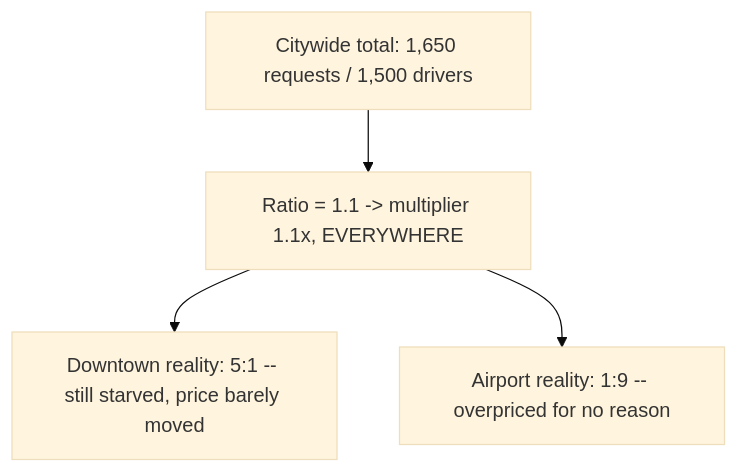
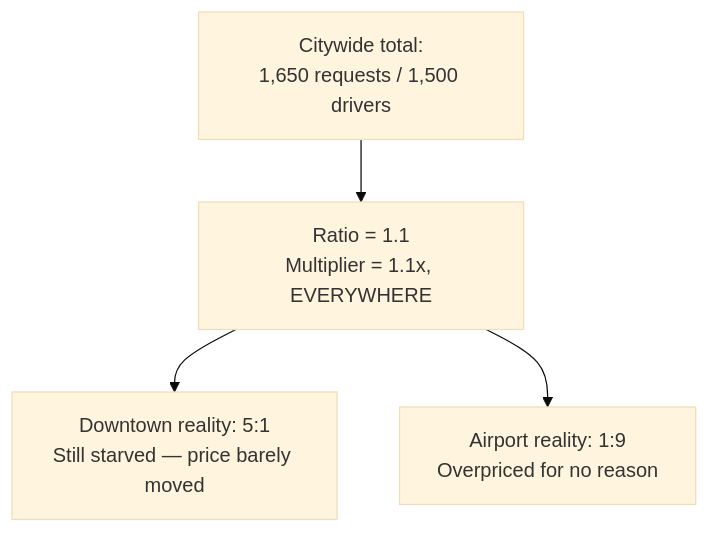
Before and after one commit to riyaz-pasha/Learnings: the second of 13 diagrams in system-design/HLD/0-course/53-Design-Uber-Surge-Pricing-Engine-FAANG-Guide-story.md, drawn with Mermaid (base theme). The commit also changed other lines of this file and 1 other file, not shown here.

Commit message:
[REWRITE] Uber Surge Pricing Engine story guide: simplify prose, add structure, fix diagrams

````diff
--- a/system-design/HLD/0-course/53-Design-Uber-Surge-Pricing-Engine-FAANG-Guide-story.md
+++ b/system-design/HLD/0-course/53-Design-Uber-Surge-Pricing-Engine-FAANG-Guide-story.md
@@ -40,6 +114,6 @@
 ```mermaid
 flowchart TD
-    A["Citywide total: 1,650 requests / 1,500 drivers"] --> B["Ratio = 1.1 -> multiplier 1.1x, EVERYWHERE"]
-    B --> C1["Downtown reality: 5:1 -- still starved, price barely moved"]
-    B --> C2["Airport reality: 1:9 -- overpriced for no reason"]
+    A["Citywide total:<br/>1,650 requests / 1,500 drivers"] --> B["Ratio = 1.1<br/>Multiplier = 1.1x, EVERYWHERE"]
+    B --> C1["Downtown reality: 5:1<br/>Still starved — price barely moved"]
+    B --> C2["Airport reality: 1:9<br/>Overpriced for no reason"]
 ```
````
